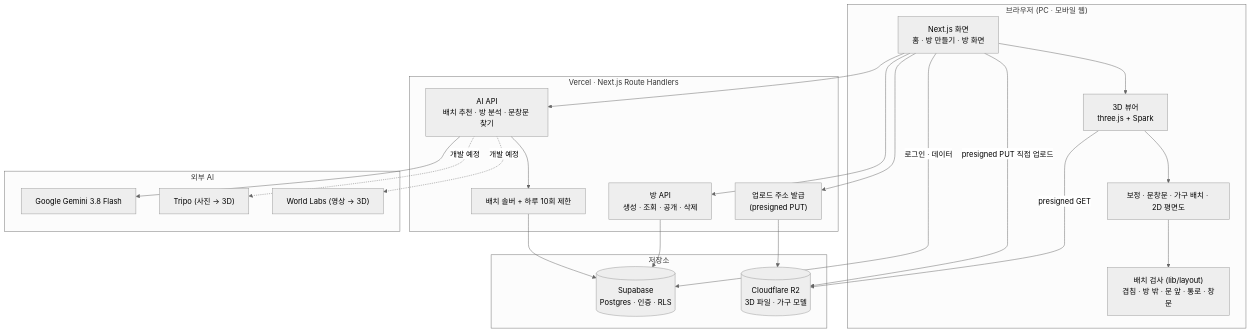
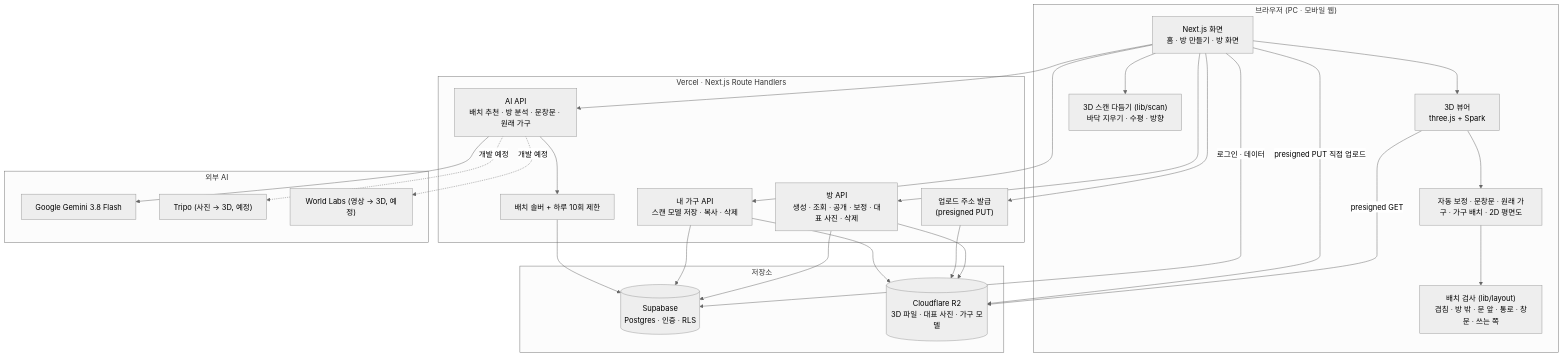
One commit to dohun1214/roomlens changed the second of 2 diagrams in README.md. Above: the diagram before and after it, drawn with Mermaid (neutral theme). The commit also changed other lines of this file, not shown here.

````diff
--- a/README.md
+++ b/README.md
@@ -158,38 +180,42 @@
 ```mermaid
 flowchart TB
   subgraph Client["브라우저 (PC · 모바일 웹)"]
     UI["Next.js 화면<br>홈 · 방 만들기 · 방 화면"]
     Viewer["3D 뷰어<br>three.js + Spark"]
-    Tools["보정 · 문창문 · 가구 배치 · 2D 평면도"]
-    Geo["배치 검사 (lib/layout)<br>겹침 · 방 밖 · 문 앞 · 통로 · 창문"]
+    Tools["자동 보정 · 문창문 · 원래 가구 · 가구 배치 · 2D 평면도"]
+    Geo["배치 검사 (lib/layout)<br>겹침 · 방 밖 · 문 앞 · 통로 · 창문 · 쓰는 쪽"]
+    Scan["3D 스캔 다듬기 (lib/scan)<br>바닥 지우기 · 수평 · 방향"]
   end
 
   subgraph Server["Vercel · Next.js Route Handlers"]
-    RoomAPI["방 API<br>생성 · 조회 · 공개 · 삭제"]
+    RoomAPI["방 API<br>생성 · 조회 · 공개 · 보정 · 대표 사진 · 삭제"]
     UploadAPI["업로드 주소 발급<br>(presigned PUT)"]
-    AIAPI["AI API<br>배치 추천 · 방 분석 · 문창문 찾기"]
+    AIAPI["AI API<br>배치 추천 · 방 분석 · 문창문 · 원래 가구"]
+    FurnAPI["내 가구 API<br>스캔 모델 저장 · 복사 · 삭제"]
     Solver["배치 솔버 + 하루 10회 제한"]
   end
 
   subgraph Storage["저장소"]
     Supa[("Supabase<br>Postgres · 인증 · RLS")]
-    R2[("Cloudflare R2<br>3D 파일 · 가구 모델")]
+    R2[("Cloudflare R2<br>3D 파일 · 대표 사진 · 가구 모델")]
   end
 
   subgraph AI["외부 AI"]
     Gemini["Google Gemini 3.8 Flash"]
-    Tripo["Tripo (사진 → 3D)"]
-    WL["World Labs (영상 → 3D)"]
+    Tripo["Tripo (사진 → 3D, 예정)"]
+    WL["World Labs (영상 → 3D, 예정)"]
   end
 
   UI --> Viewer --> Tools --> Geo
+  UI --> Scan
   UI -->|로그인 · 데이터| Supa
-  UI --> RoomAPI & UploadAPI & AIAPI
+  UI --> RoomAPI & UploadAPI & AIAPI & FurnAPI
   Viewer -->|presigned GET| R2
   UI -->|presigned PUT 직접 업로드| R2
-  RoomAPI --> Supa
+  RoomAPI --> Supa & R2
   UploadAPI --> R2
+  FurnAPI --> Supa & R2
   AIAPI --> Gemini
   AIAPI --> Solver --> Supa
   AIAPI -. 개발 예정 .-> Tripo & WL
 ```
````
